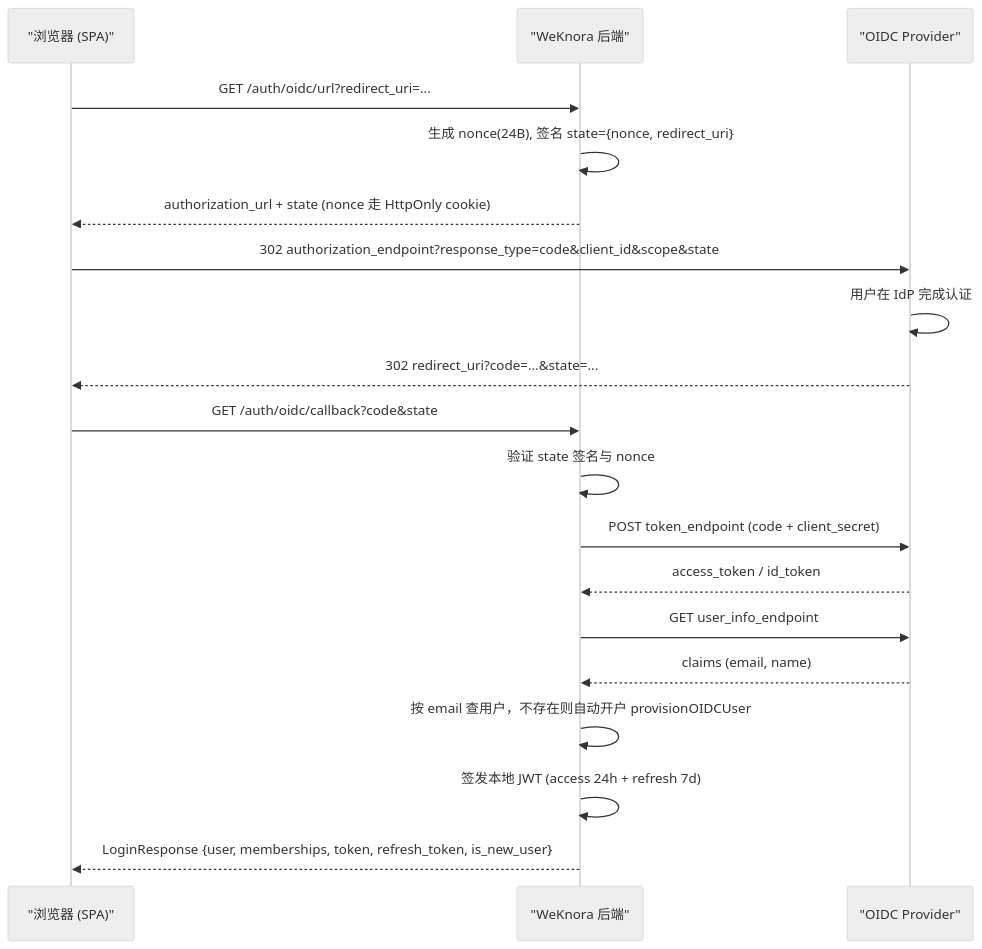
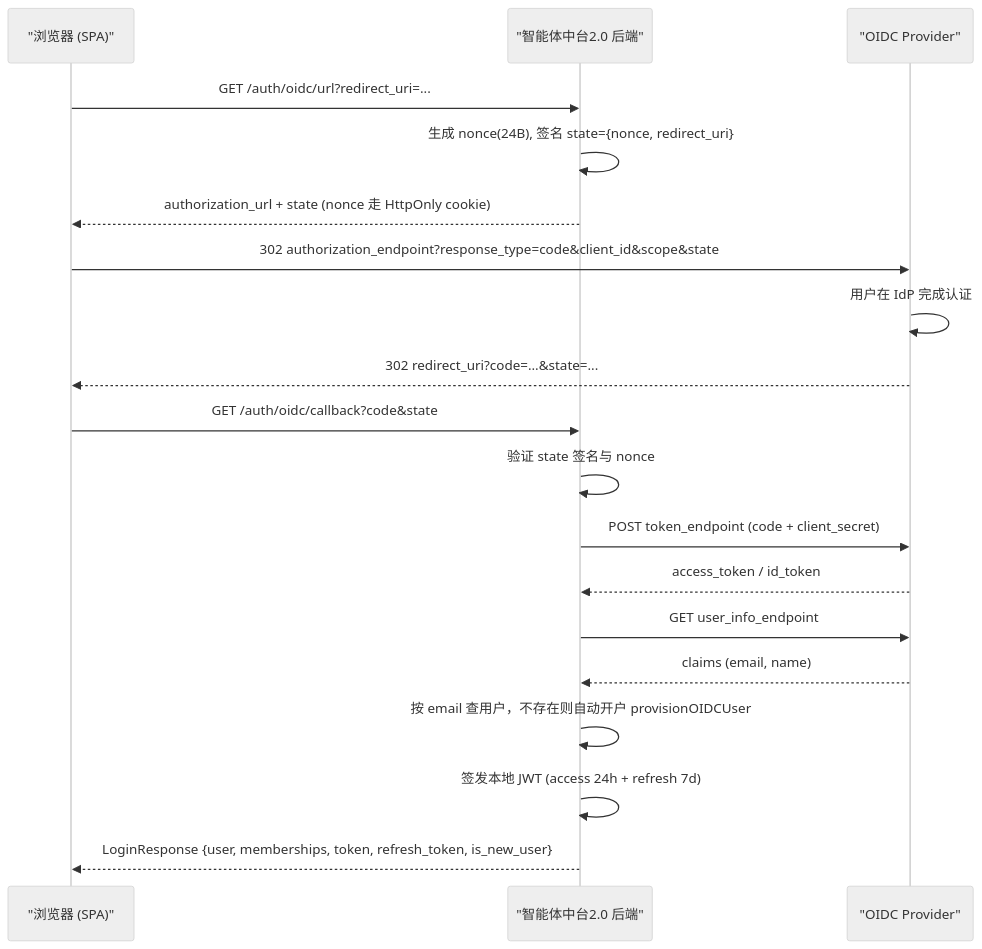
One commit to qinlei131479/WeKnora changed the second of 3 diagrams in apps/docs/03-features/01-tenant-auth.md. Above: the diagram before and after it, drawn with Mermaid (neutral theme). The commit also changed other lines of this file and 47 other files, not shown here.

````diff
--- a/apps/docs/03-features/01-tenant-auth.md
+++ b/apps/docs/03-features/01-tenant-auth.md
@@ -424,21 +424,21 @@
 ```mermaid
 sequenceDiagram
     participant B as "浏览器 (SPA)"
-    participant W as "WeKnora 后端"
+    participant W as "智能体中台2.0 后端"
     participant IdP as "OIDC Provider"
     B->>W: GET /auth/oidc/url?redirect_uri=...
     W->>W: 生成 nonce(24B), 签名 state={nonce, redirect_uri}
     W-->>B: authorization_url + state (nonce 走 HttpOnly cookie)
     B->>IdP: 302 authorization_endpoint?response_type=code&client_id&scope&state
     IdP->>IdP: 用户在 IdP 完成认证
     IdP-->>B: 302 redirect_uri?code=...&state=...
     B->>W: GET /auth/oidc/callback?code&state
     W->>W: 验证 state 签名与 nonce
     W->>IdP: POST token_endpoint (code + client_secret)
     IdP-->>W: access_token / id_token
     W->>IdP: GET user_info_endpoint
     IdP-->>W: claims (email, name)
     W->>W: 按 email 查用户，不存在则自动开户 provisionOIDCUser
     W->>W: 签发本地 JWT (access 24h + refresh 7d)
     W-->>B: LoginResponse {user, memberships, token, refresh_token, is_new_user}
 ```
````
